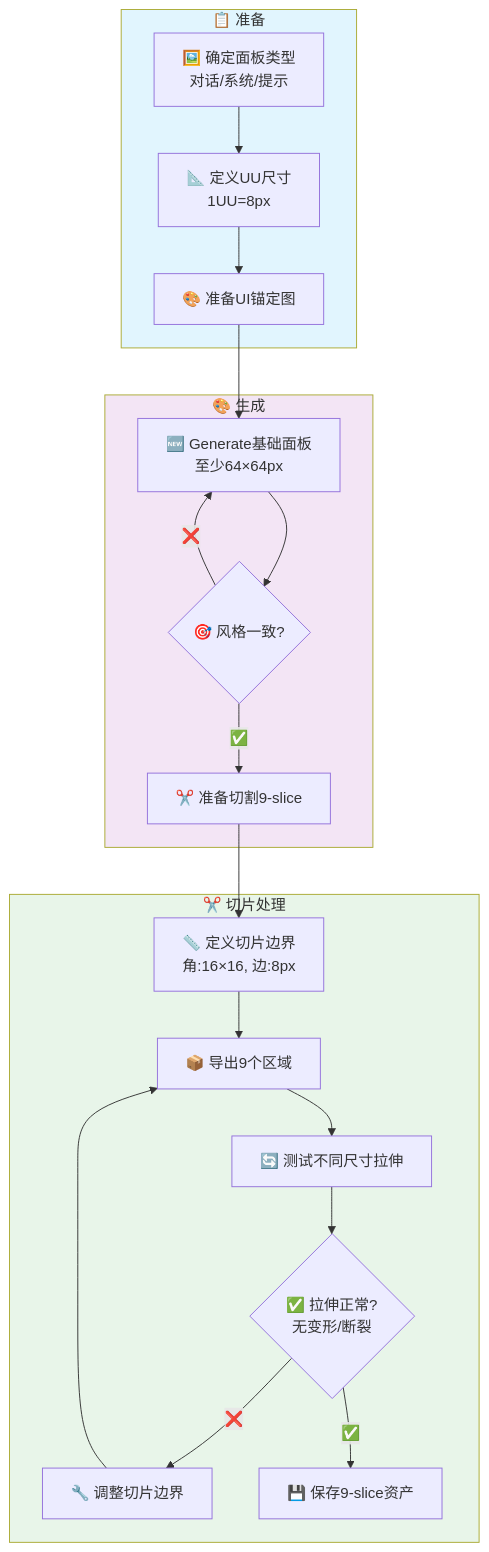
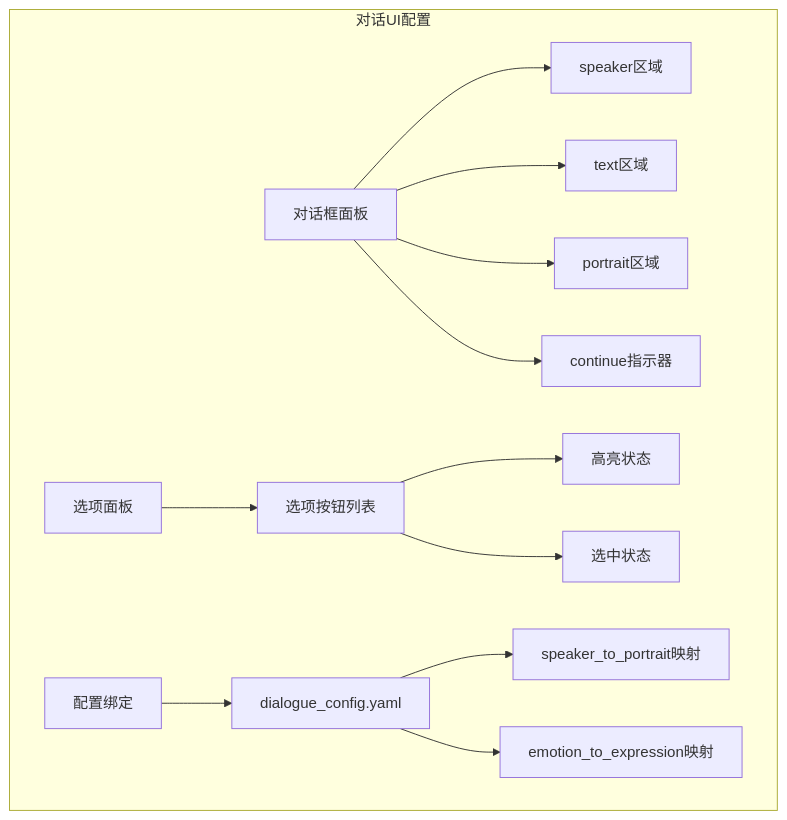
Before and after one commit to angelash/Footnote: diagram 12 of 17 in docs/art/资产生产流程图汇总.md, drawn with Mermaid. The commit also changed other lines of this file and 59 other files, not shown here.

````diff
--- a/docs/art/资产生产流程图汇总.md
+++ b/docs/art/资产生产流程图汇总.md
@@ -236,29 +338,17 @@
 ```mermaid
 flowchart TB
-    subgraph Phase1["📋 准备"]
-        A1["🖼️ 确定面板类型<br/>对话/系统/提示"] --> A2["📐 定义UU尺寸<br/>1UU=8px"]
-        A2 --> A3["🎨 准备UI锚定图"]
+    subgraph DialogueUI["对话UI配置"]
+        A1["对话框面板"] --> A2["speaker区域"]
+        A1 --> A3["text区域"]
+        A1 --> A4["portrait区域"]
+        A1 --> A5["continue指示器"]
+        
+        B1["选项面板"] --> B2["选项按钮列表"]
+        B2 --> B3["高亮状态"]
+        B2 --> B4["选中状态"]
+        
+        C1["配置绑定"] --> C2["dialogue_config.yaml"]
+        C2 --> C3["speaker_to_portrait映射"]
+        C2 --> C4["emotion_to_expression映射"]
     end
-    
-    subgraph Phase2["🎨 生成"]
-        B1["🆕 Generate基础面板<br/>至少64×64px"] --> B2{"🎯 风格一致?"}
-        B2 -->|"❌"| B1
-        B2 -->|"✅"| B3["✂️ 准备切割9-slice"]
-    end
-    
-    subgraph Phase3["✂️ 切片处理"]
-        C1["📏 定义切片边界<br/>角:16×16, 边:8px"] --> C2["📦 导出9个区域"]
-        C2 --> C3["🔄 测试不同尺寸拉伸"]
-        C3 --> C4{"✅ 拉伸正常?<br/>无变形/断裂"}
-        C4 -->|"❌"| C5["🔧 调整切片边界"]
-        C5 --> C2
-        C4 -->|"✅"| C6["💾 保存9-slice资产"]
-    end
-    
-    A3 --> B1
-    B3 --> C1
-    
-    style Phase1 fill:#e1f5fe
-    style Phase2 fill:#f3e5f5
-    style Phase3 fill:#e8f5e9
 ```
````
